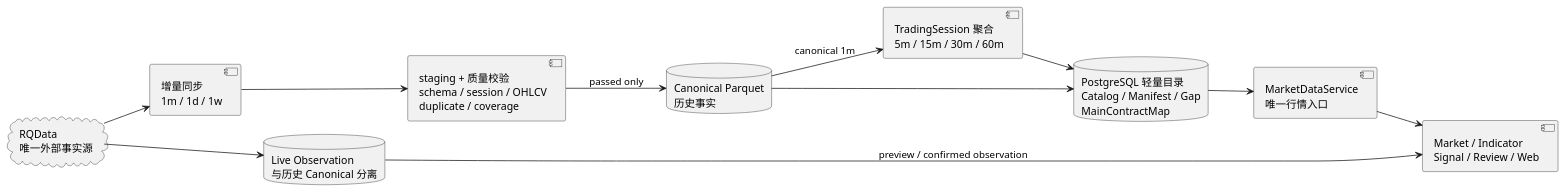
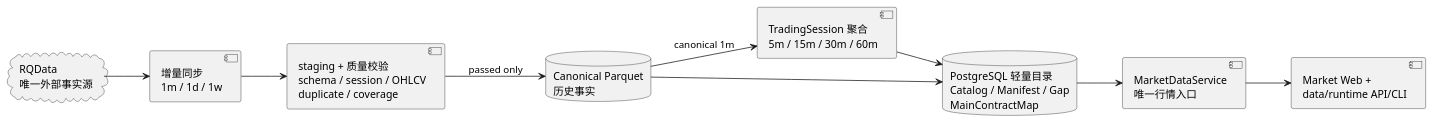
Before and after one commit to firehell/guiyi-quant-workstation: the first of 2 diagrams in docs/ARCHITECTURE.md, drawn with PlantUML. The commit also changed other lines of this file and 185 other files, not shown here.

````diff
--- a/docs/ARCHITECTURE.md
+++ b/docs/ARCHITECTURE.md
@@ -20,25 +23,22 @@
 ```plantuml
 @startuml
 left to right direction
 cloud "RQData\n唯一外部事实源" as RQ
 component "增量同步\n1m / 1d / 1w" as Sync
 component "staging + 质量校验\nschema / session / OHLCV\nduplicate / coverage" as Quality
 database "Canonical Parquet\n历史事实" as Canonical
 component "TradingSession 聚合\n5m / 15m / 30m / 60m" as Aggregate
 database "PostgreSQL 轻量目录\nCatalog / Manifest / Gap\nMainContractMap" as Catalog
 component "MarketDataService\n唯一行情入口" as Market
-component "Market / Indicator\nSignal / Review / Web" as Consumer
-database "Live Observation\n与历史 Canonical 分离" as Live
+component "Market Web +\ndata/runtime API/CLI" as Consumer
 
 RQ --> Sync
 Sync --> Quality
 Quality --> Canonical : passed only
 Canonical --> Aggregate : canonical 1m
 Canonical --> Catalog
 Aggregate --> Catalog
 Catalog --> Market
 Market --> Consumer
-RQ --> Live
-Live --> Consumer : preview / confirmed observation
 @enduml
 ```
````
